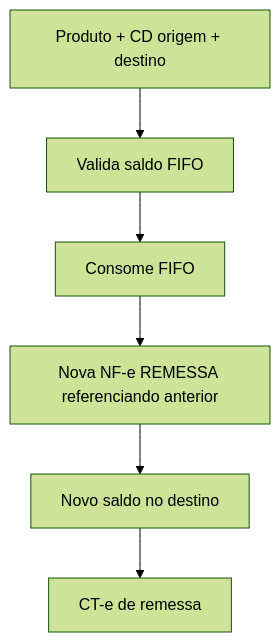
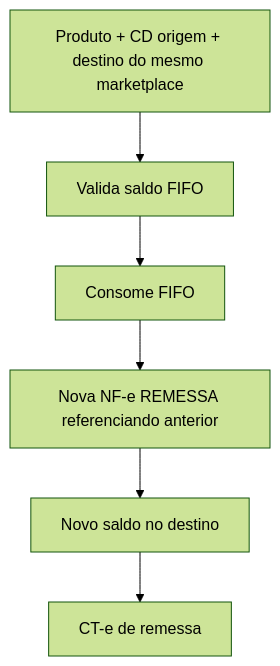
The sixth of 10 diagrams in backend/README.md (Matheus-santos7/MSimulation-XML), drawn with Mermaid (forest theme) before and after one commit. The commit also changed other lines of this file and 1 other file, not shown here.

````diff
--- a/backend/README.md
+++ b/backend/README.md
@@ -467,8 +389,8 @@
 ```mermaid
 flowchart TD
-  A[Produto + CD origem + destino] --> B[Valida saldo FIFO]
+  A[Produto + CD origem + destino do mesmo marketplace] --> B[Valida saldo FIFO]
   B --> C[Consome FIFO]
   C --> D[Nova NF-e REMESSA referenciando anterior]
   D --> E[Novo saldo no destino]
   E --> F[CT-e de remessa]
 ```
````
